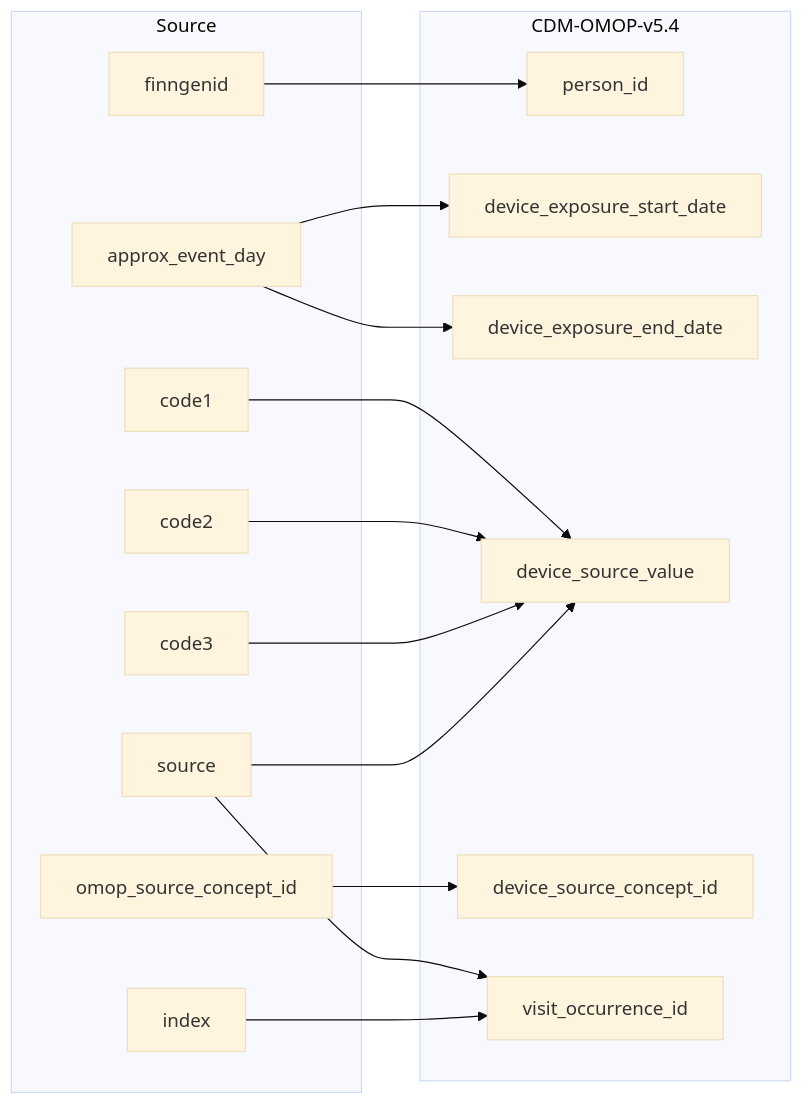
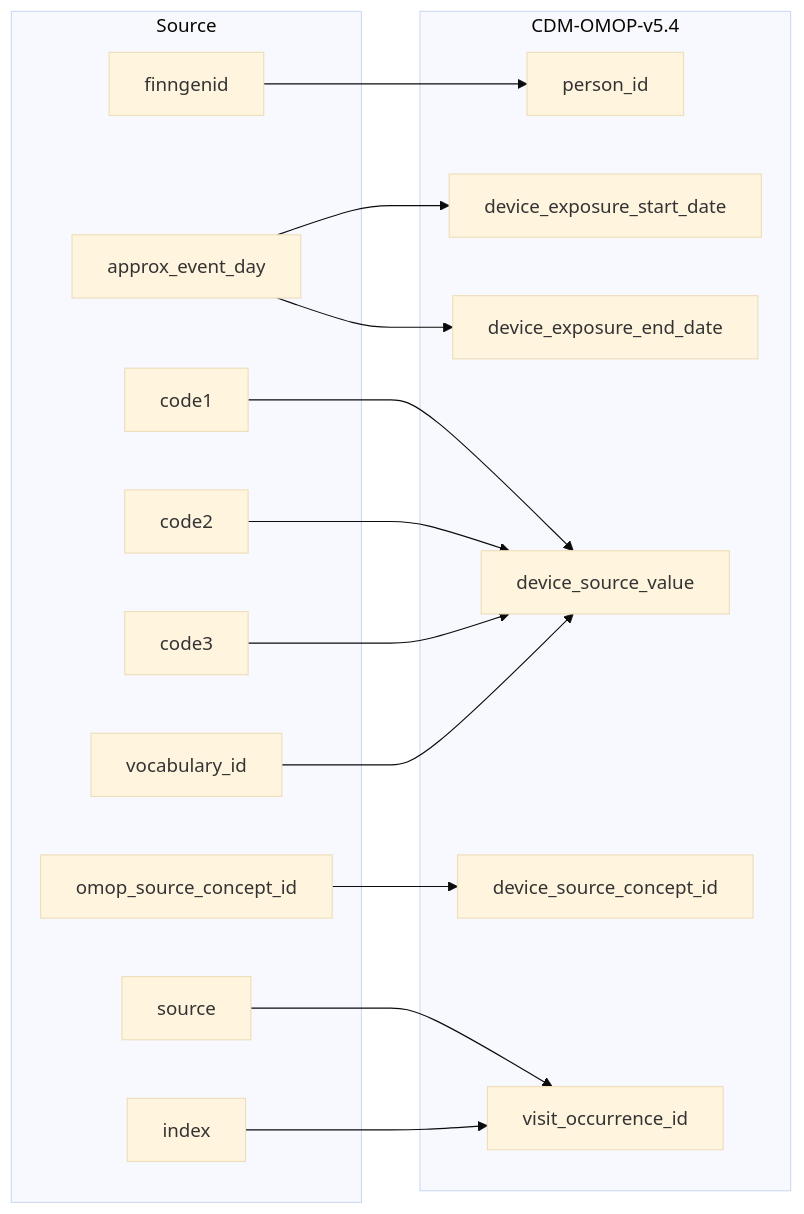
The diagram in 2_etl_specifications/documentation/stem_to_device_exposure.md (FINNGEN/ETL), drawn with Mermaid before and after one commit. The commit also changed other lines of this file and 14 other files, not shown here.

First line of the commit message:
Change _source_value format from SOURCE=source to VOCAB=vocabulary_id in all domain tables

````diff
--- a/2_etl_specifications/documentation/stem_to_device_exposure.md
+++ b/2_etl_specifications/documentation/stem_to_device_exposure.md
@@ -10,35 +10,36 @@
 ```mermaid
 %%{init: {'theme': 'base' } }%%
 %%{init: {'theme': 'base' } }%%
 flowchart LR
     subgraph Source
         finngenid
         source
         approx_event_day
         code1
         code2
         code3
         index
+        vocabulary_id
         omop_source_concept_id
     end
 
     subgraph CDM-OMOP-v5.4
         person_id
         device_exposure_start_date
         device_exposure_end_date
         device_source_value
         device_source_concept_id
         visit_occurrence_id
     end
 
     finngenid-->person_id
     approx_event_day-->device_exposure_start_date
     approx_event_day-->device_exposure_end_date
     source-->visit_occurrence_id
     index-->visit_occurrence_id
     code1-->device_source_value
     code2-->device_source_value
     code3-->device_source_value
-    source-->device_source_value
+    vocabulary_id-->device_source_value
     omop_source_concept_id-->device_source_concept_id
 ```
````
